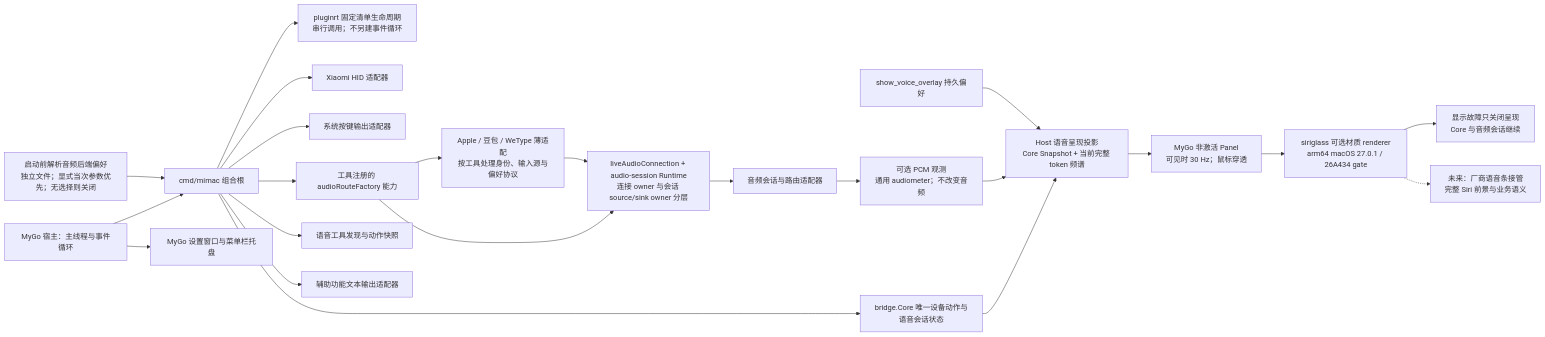
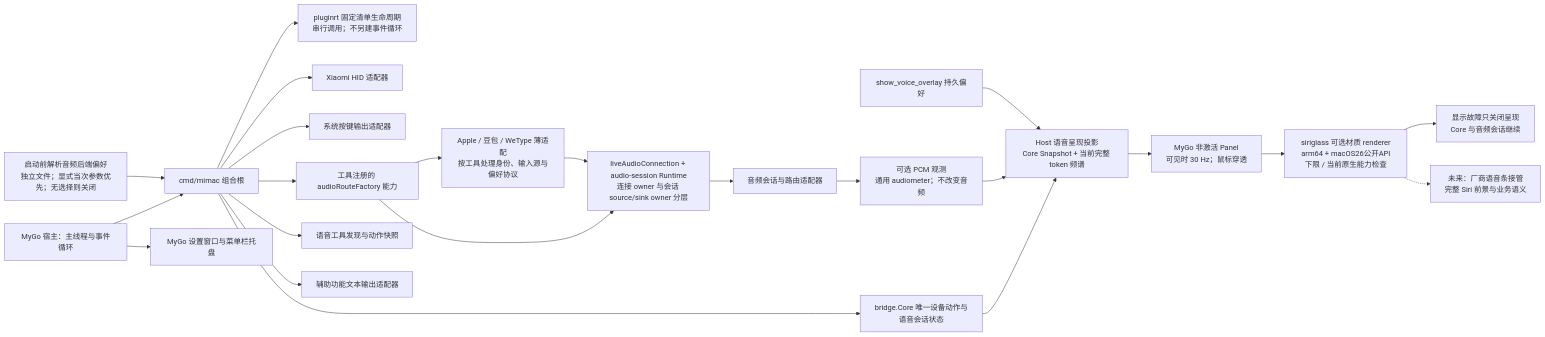
Before and after one commit to daftAI2026/MiMac: the diagram in tools/workbench/diagrams/architecture-boundaries.mmd, drawn with Mermaid. The commit also changed 19 other files, not shown here.

```diff
--- a/tools/workbench/diagrams/architecture-boundaries.mmd
+++ b/tools/workbench/diagrams/architecture-boundaries.mmd
@@ -1,44 +1,44 @@
 flowchart LR
     mygo["MyGo 宿主：主线程与事件循环"]
     shell["cmd/mimac 组合根"]
     backendPrefs["启动前解析音频后端偏好\n独立文件；显式当次参数优先；无选择则关闭"]
     ui["MyGo 设置窗口与菜单栏托盘"]
     plugins["pluginrt 固定清单生命周期\n串行调用；不另建事件循环"]
     core["bridge.Core 唯一设备动作与语音会话状态"]
     hid["Xiaomi HID 适配器"]
     keys["系统按键输出适配器"]
     audio["音频会话与路由适配器"]
     routeFactory["工具注册的 audioRouteFactory 能力"]
     routeOwner["liveAudioConnection + audio-session Runtime\n连接 owner 与会话 source/sink owner 分层"]
     tools["语音工具发现与动作快照"]
     text["辅助功能文本输出适配器"]
     prefs["show_voice_overlay 持久偏好"]
     measurement["可选 PCM 观测\n通用 audiometer；不改变音频"]
     projection["Host 语音呈现投影\nCore Snapshot + 当前完整 token 频谱"]
     panel["MyGo 非激活 Panel\n可见时 30 Hz；鼠标穿透"]
-    glass["siriglass 可选材质 renderer\narm64 macOS 27.0.1 / 26A434 gate"]
+    glass["siriglass 可选材质 renderer\narm64 + macOS26公开API下限 / 当前原生能力检查"]
     fault["显示故障只关闭呈现\nCore 与音频会话继续"]
     future["未来：厂商语音条接管\n完整 Siri 前景与业务语义"]
 
     mygo --> shell
     backendPrefs --> shell
     mygo --> ui
     shell --> plugins
     shell --> core
     shell --> hid
     shell --> keys
     shell --> routeFactory
     routeFactory --> routeOwner
     routeFactory --> contracts["Apple / 豆包 / WeType 薄适配\n按工具处理身份、输入源与偏好协议"]
     contracts --> routeOwner
     routeOwner --> audio
     shell --> tools
     shell --> text
     core --> projection
     audio --> measurement
     measurement --> projection
     prefs --> projection
     projection --> panel
     panel --> glass
     glass --> fault
     glass -.-> future
```
